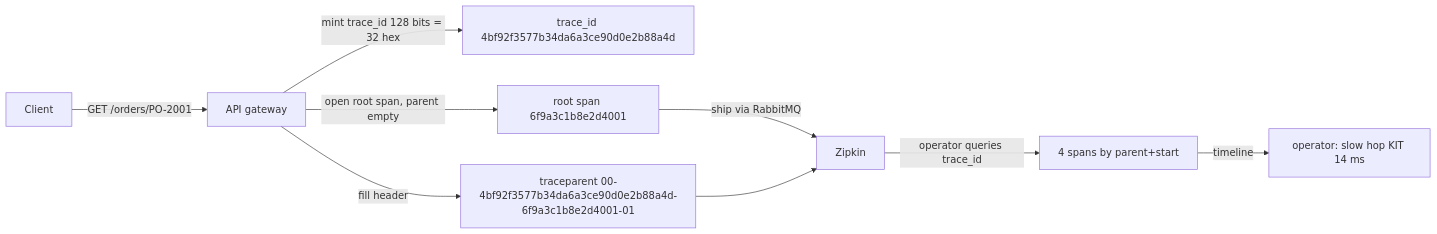
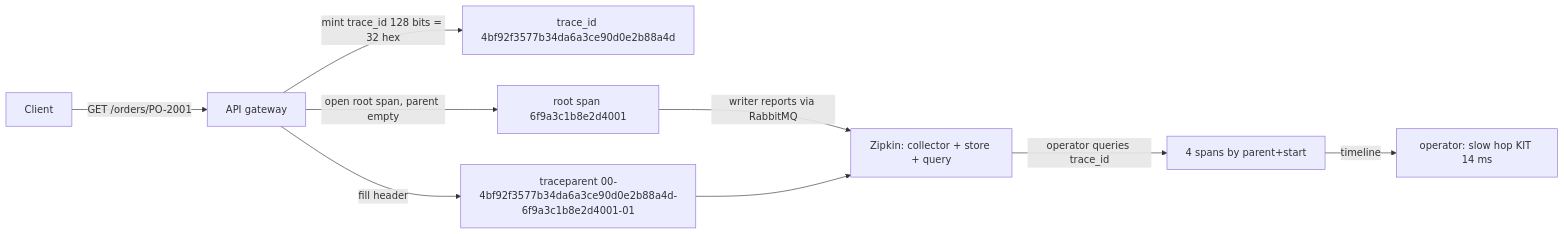
One commit to vinayakuber/microservices-io-study-guide changed the ninth of 9 diagrams in docs/ch33-distributed-tracing.md. Above: the diagram before and after it, drawn with Mermaid. The commit also changed other lines of this file and 7 other files, not shown here.

First line of the commit message:
ch33: trace the writer→transport→collector→aggregator→reader pipeline; add R15 gate

````diff
--- a/docs/ch33-distributed-tracing.md
+++ b/docs/ch33-distributed-tracing.md
@@ -441,11 +450,11 @@
 ```mermaid
 flowchart LR
   C["Client"] -->|"GET /orders/PO-2001"| G["API gateway"]
   G -->|"mint trace_id 128 bits = 32 hex"| T["trace_id 4bf92f3577b34da6a3ce90d0e2b88a4d"]
   G -->|"open root span, parent empty"| S["root span 6f9a3c1b8e2d4001"]
   G -->|"fill header"| H["traceparent 00-4bf92f3577b34da6a3ce90d0e2b88a4d-6f9a3c1b8e2d4001-01"]
-  S -->|"ship via RabbitMQ"| Z["Zipkin"]
+  S -->|"writer reports via RabbitMQ"| Z["Zipkin: collector + store + query"]
   H --> Z
   Z -->|"operator queries trace_id"| R["4 spans by parent+start"]
   R -->|"timeline"| O["operator: slow hop KIT 14 ms"]
 ```
````
